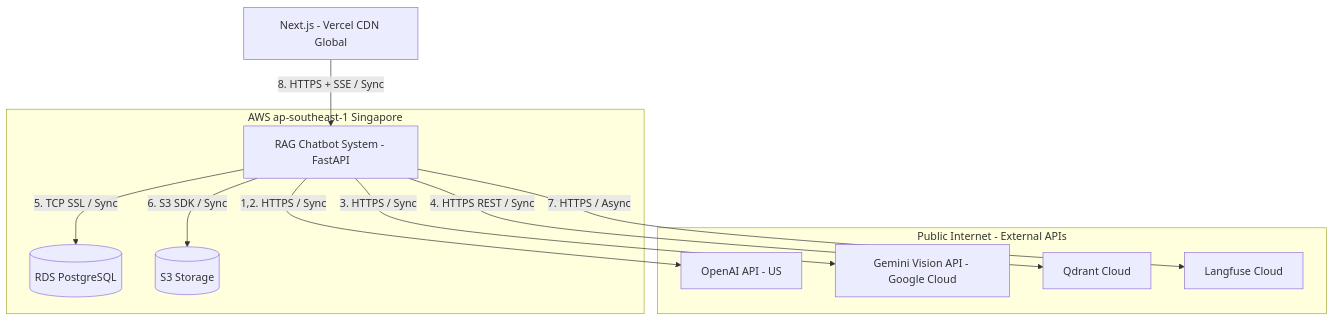
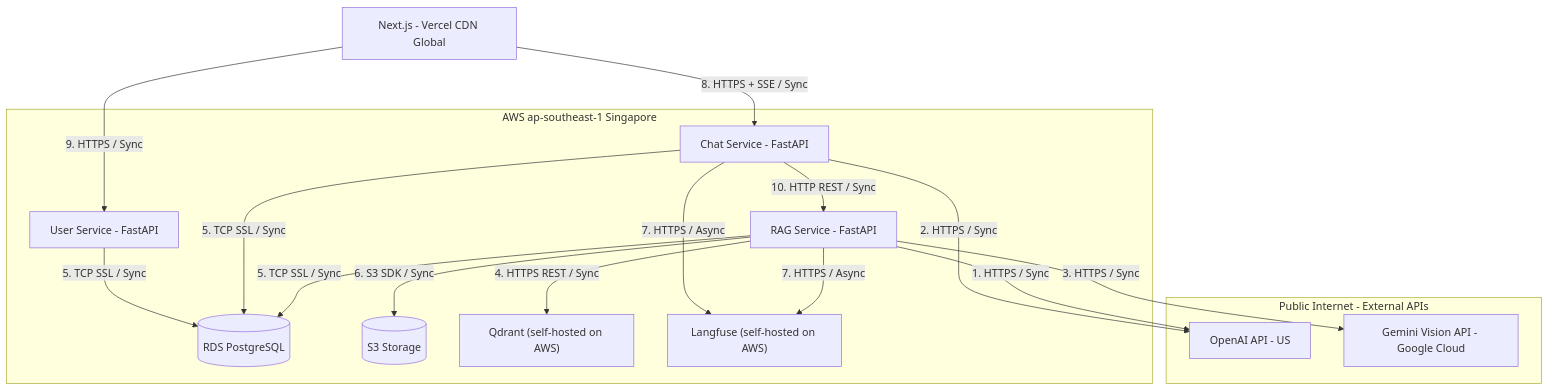
The fourth of 4 diagrams in docs/SA_RAG_Chatbot_Final.md (cds0987/DA08-VSF-AI), drawn with Mermaid before and after one commit. The commit also changed other lines of this file and 4 other files, not shown here.

````diff
--- a/docs/SA_RAG_Chatbot_Final.md
+++ b/docs/SA_RAG_Chatbot_Final.md
@@ -343,25 +361,33 @@
 ```mermaid
 flowchart TB
     NEXTJS[Next.js - Vercel CDN Global]
 
     subgraph AWS[AWS ap-southeast-1 Singapore]
-        RAG[RAG Chatbot System - FastAPI]
+        USVC[User Service - FastAPI]
+        CHAT[Chat Service - FastAPI]
+        RAG[RAG Service - FastAPI]
         PG[(RDS PostgreSQL)]
         S3[(S3 Storage)]
+        QDRANT["Qdrant (self-hosted on AWS)"]
+        LF["Langfuse (self-hosted on AWS)"]
     end
 
     subgraph EXT[Public Internet - External APIs]
         OPENAI[OpenAI API - US]
         GEMINI[Gemini Vision API - Google Cloud]
-        QDRANT[Qdrant Cloud]
-        LF[Langfuse Cloud]
     end
 
-    NEXTJS -- 8. HTTPS + SSE / Sync --> RAG
-    RAG -- 1,2. HTTPS / Sync --> OPENAI
-    RAG -- 3. HTTPS / Sync --> GEMINI
-    RAG -- 4. HTTPS REST / Sync --> QDRANT
-    RAG -- 5. TCP SSL / Sync --> PG
-    RAG -- 6. S3 SDK / Sync --> S3
-    RAG -- 7. HTTPS / Async --> LF
+    NEXTJS -- "9. HTTPS / Sync" --> USVC
+    NEXTJS -- "8. HTTPS + SSE / Sync" --> CHAT
+    CHAT -- "10. HTTP REST / Sync" --> RAG
+    USVC -- "5. TCP SSL / Sync" --> PG
+    CHAT -- "5. TCP SSL / Sync" --> PG
+    RAG -- "5. TCP SSL / Sync" --> PG
+    CHAT -- "2. HTTPS / Sync" --> OPENAI
+    RAG -- "1. HTTPS / Sync" --> OPENAI
+    RAG -- "3. HTTPS / Sync" --> GEMINI
+    RAG -- "4. HTTPS REST / Sync" --> QDRANT
+    RAG -- "6. S3 SDK / Sync" --> S3
+    CHAT -- "7. HTTPS / Async" --> LF
+    RAG -- "7. HTTPS / Async" --> LF
 ```
````
